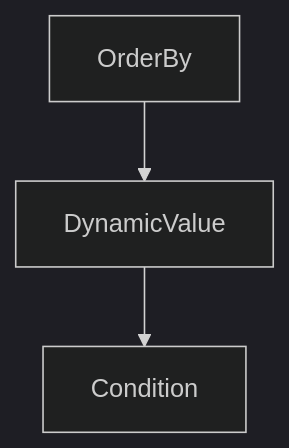
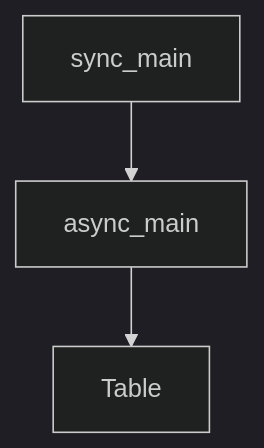
The diagram in tutorials/openai-python-sdk-tutorial/02-chat-completions.md (johnxie/awesome-code-docs), drawn with Mermaid (dark theme) before and after one commit. The commit also changed other lines of this file and 1232 other files, not shown here.

````diff
--- a/tutorials/openai-python-sdk-tutorial/02-chat-completions.md
+++ b/tutorials/openai-python-sdk-tutorial/02-chat-completions.md
@@ -197,8 +193,8 @@
 ```mermaid
 flowchart TD
-    A[OrderBy]
-    B[DynamicValue]
-    C[Condition]
+    A[sync_main]
+    B[async_main]
+    C[Table]
     A --> B
     B --> C
 ```
````
